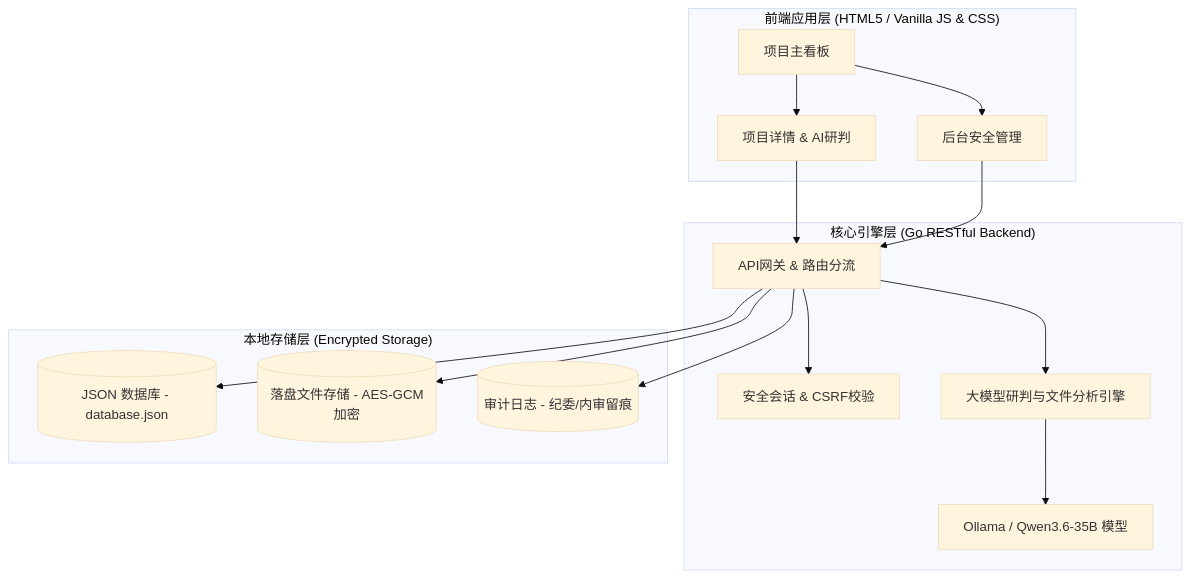
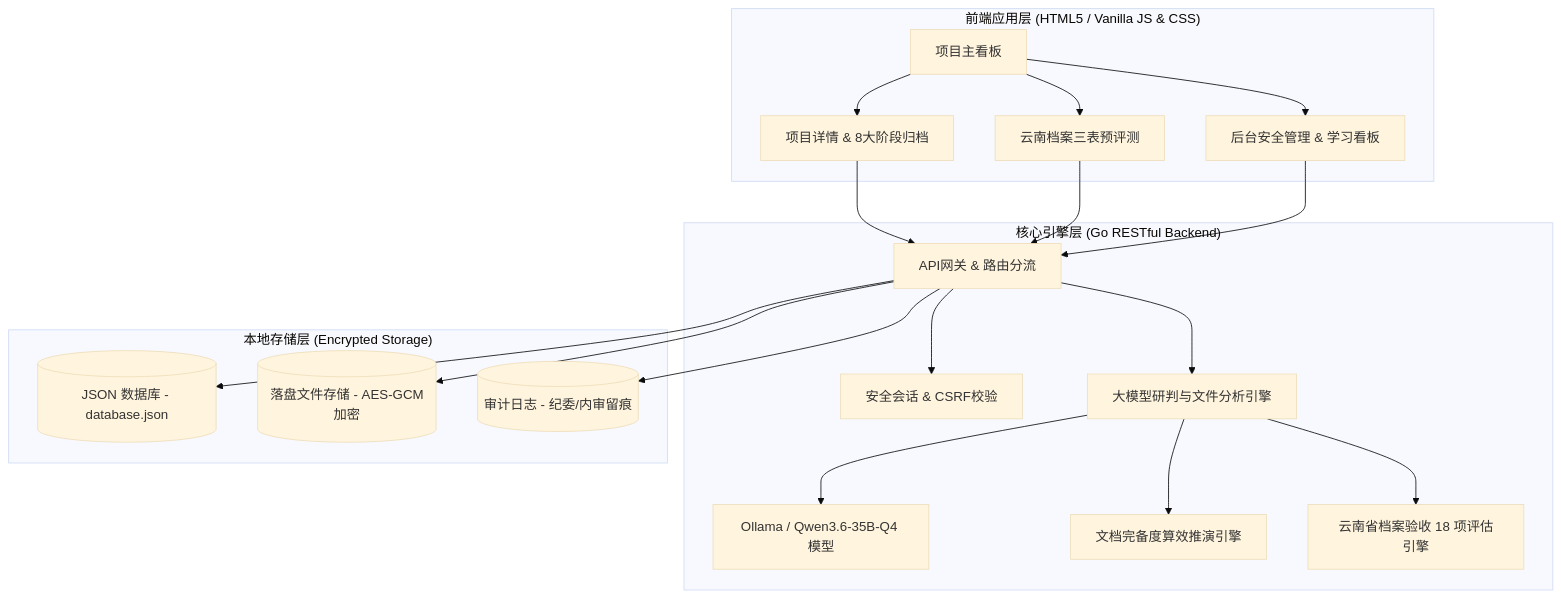
One commit to iBubble/ProjectManager changed the diagram in README.md. Above: the diagram before and after it, drawn with Mermaid (base theme). The commit also changed other lines of this file and 21 other files, not shown here.

````diff
--- a/README.md
+++ b/README.md
@@ -19,25 +20,29 @@
 ```mermaid
 graph TD
     subgraph FE ["前端应用层 (HTML5 / Vanilla JS & CSS)"]
-        UI[项目主看板] --> Detail[项目详情 & AI研判]
-        UI --> AdminPanel[后台安全管理]
+        UI[项目主看板] --> Detail[项目详情 & 8大阶段归档]
+        UI --> YunnanEval[云南档案三表预评测]
+        UI --> AdminPanel[后台安全管理 & 学习看板]
     end
     
     subgraph BE ["核心引擎层 (Go RESTful Backend)"]
         API[API网关 & 路由分流] --> Auth[安全会话 & CSRF校验]
         API --> Engine[大模型研判与文件分析引擎]
-        Engine --> LLM[Ollama / Qwen3.6-35B 模型]
+        Engine --> LLM[Ollama / Qwen3.6-35B-Q4 模型]
+        Engine --> StageInference[文档完备度算效推演引擎]
+        Engine --> YunnanEngine[云南省档案验收 18 项评估引擎]
     end
     
     subgraph DB ["本地存储层 (Encrypted Storage)"]
         JSON[(JSON 数据库 - database.json)]
         FS[(落盘文件存储 - AES-GCM加密)]
         Log[(审计日志 - 纪委/内审留痕)]
     end
 
     Detail --> API
+    YunnanEval --> API
     AdminPanel --> API
     API --> JSON
     API --> FS
     API --> Log
 ```
````
